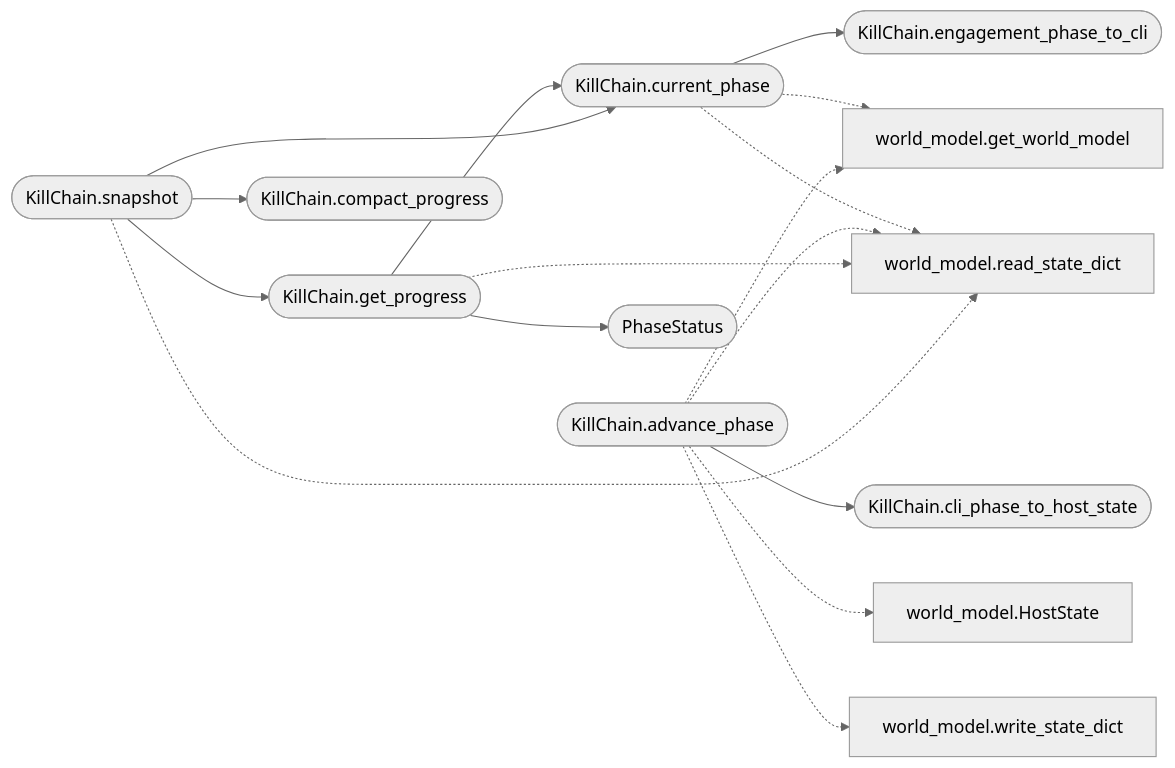
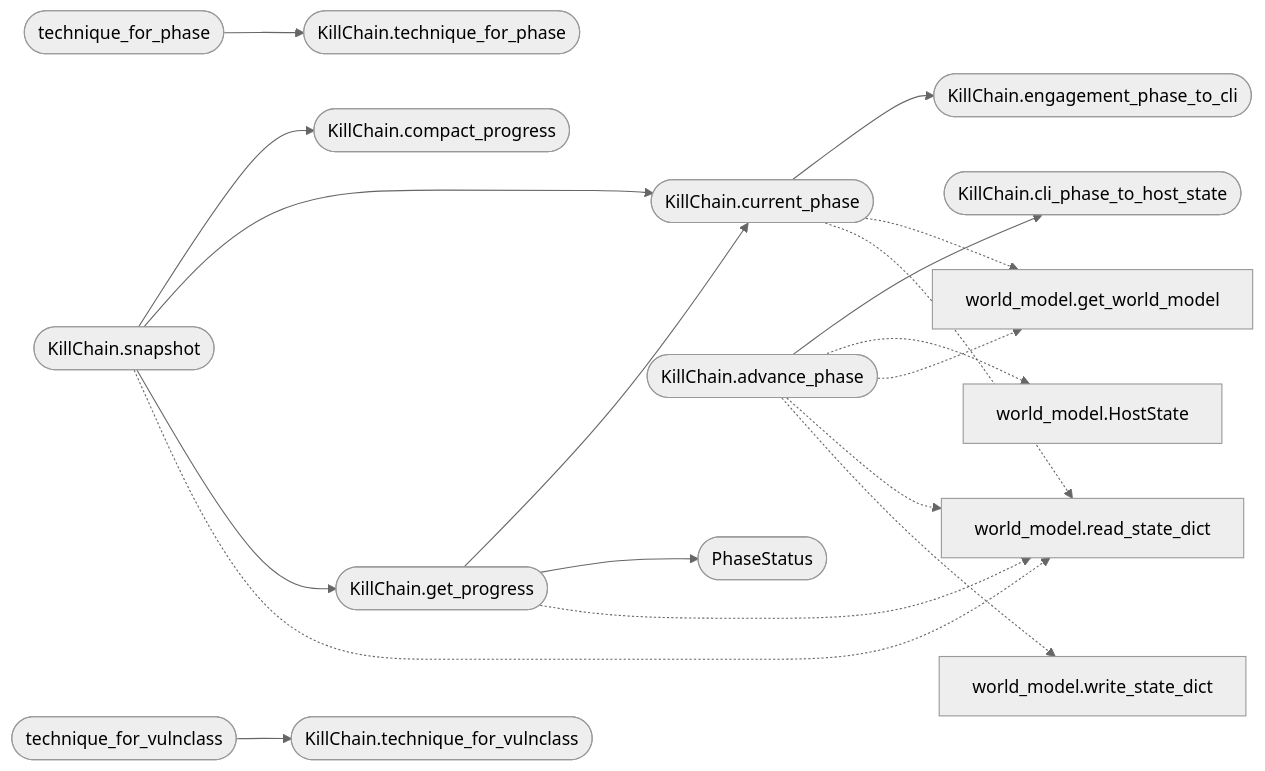
The second of 2 diagrams in readmenator-apidocs/modules/modules.killchain.py.md (grisuno/LazyOwn), drawn with Mermaid (neutral theme) before and after one commit. The commit also changed other lines of this file and 415 other files, not shown here.

````diff
--- a/readmenator-apidocs/modules/modules.killchain.py.md
+++ b/readmenator-apidocs/modules/modules.killchain.py.md
@@ -73,30 +76,36 @@
 ```mermaid
 flowchart LR
     n_modules_killchain_py__KillChain_current_phase(["KillChain.current_phase"])
     n_modules_killchain_py__KillChain_engagement_phase_to_cli(["KillChain.engagement_phase_to_cli"])
     n_modules_killchain_py__KillChain_advance_phase(["KillChain.advance_phase"])
     n_modules_killchain_py__KillChain_cli_phase_to_host_state(["KillChain.cli_phase_to_host_state"])
     n_modules_killchain_py__KillChain_get_progress(["KillChain.get_progress"])
     n_modules_killchain_py__PhaseStatus(["PhaseStatus"])
     n_modules_killchain_py__KillChain_snapshot(["KillChain.snapshot"])
     n_modules_killchain_py__KillChain_compact_progress(["KillChain.compact_progress"])
+    n_modules_killchain_py__technique_for_phase(["technique_for_phase"])
+    n_modules_killchain_py__KillChain_technique_for_phase(["KillChain.technique_for_phase"])
+    n_modules_killchain_py__technique_for_vulnclass(["technique_for_vulnclass"])
+    n_modules_killchain_py__KillChain_technique_for_vulnclass(["KillChain.technique_for_vulnclass"])
     n_modules_world_model_py__get_world_model["world_model.get_world_model"]
     n_modules_world_model_py__read_state_dict["world_model.read_state_dict"]
     n_modules_world_model_py__HostState["world_model.HostState"]
     n_modules_world_model_py__write_state_dict["world_model.write_state_dict"]
     n_modules_killchain_py__KillChain_current_phase --> n_modules_killchain_py__KillChain_engagement_phase_to_cli
     n_modules_killchain_py__KillChain_advance_phase --> n_modules_killchain_py__KillChain_cli_phase_to_host_state
     n_modules_killchain_py__KillChain_get_progress --> n_modules_killchain_py__KillChain_current_phase
     n_modules_killchain_py__KillChain_get_progress --> n_modules_killchain_py__PhaseStatus
     n_modules_killchain_py__KillChain_snapshot --> n_modules_killchain_py__KillChain_compact_progress
     n_modules_killchain_py__KillChain_snapshot --> n_modules_killchain_py__KillChain_current_phase
     n_modules_killchain_py__KillChain_snapshot --> n_modules_killchain_py__KillChain_get_progress
+    n_modules_killchain_py__technique_for_phase --> n_modules_killchain_py__KillChain_technique_for_phase
+    n_modules_killchain_py__technique_for_vulnclass --> n_modules_killchain_py__KillChain_technique_for_vulnclass
     n_modules_killchain_py__KillChain_current_phase -.-> n_modules_world_model_py__get_world_model
     n_modules_killchain_py__KillChain_current_phase -.-> n_modules_world_model_py__read_state_dict
     n_modules_killchain_py__KillChain_advance_phase -.-> n_modules_world_model_py__HostState
     n_modules_killchain_py__KillChain_advance_phase -.-> n_modules_world_model_py__get_world_model
     n_modules_killchain_py__KillChain_advance_phase -.-> n_modules_world_model_py__read_state_dict
     n_modules_killchain_py__KillChain_advance_phase -.-> n_modules_world_model_py__write_state_dict
     n_modules_killchain_py__KillChain_get_progress -.-> n_modules_world_model_py__read_state_dict
     n_modules_killchain_py__KillChain_snapshot -.-> n_modules_world_model_py__read_state_dict
 ```
````
